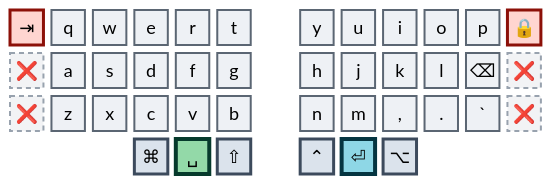
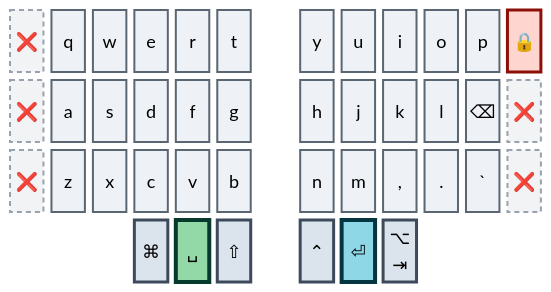
One commit to abloch/zmk-corne changed the first of 6 diagrams in README.md. Above: the diagram before and after it, drawn with Mermaid. The commit also changed other lines of this file and 5 other files, not shown here.

````diff
--- a/README.md
+++ b/README.md
@@ -68,24 +68,24 @@
 ```mermaid
 %%{init: {'theme':'base','themeVariables':{'primaryColor':'#eef1f5','primaryTextColor':'#0b0f14','primaryBorderColor':'#5b6673','nodeTextColor':'#0b0f14','textColor':'#0b0f14','mainBkg':'#eef1f5','fontSize':'18px'}}}%%
 block
 columns 13
 
-  tab["⇥"] q w e r t space y u i o p lock["🔒"]
+  xt["❌"] q w e r t space y u i o p lock["🔒"]
   xe1["❌"] a s d f g space h j k l bspc["⌫"] x1["❌"]
   x2["❌"] z x c v b space n m cma[","] dot["."] grv[" `"] x3["❌"]
-  space:3 cmd["⌘"] spc["␣"] sft["⇧"] space ctl["⌃"] ent["⏎"] alt["⌥"] space:3
+  space:3 cmd["⌘"] spc["␣"] sft["⇧"] space ctl["⌃"] ent["⏎"] alt["⌥<br/>⇥"] space:3
 
   classDef plain fill:#eef1f5,stroke:#5b6673,stroke-width:2px,color:#0b0f14
   classDef mod fill:#dbe3ec,stroke:#3c4a5c,stroke-width:3px,color:#0a1219
   classDef goL1 fill:#8ed7e6,stroke:#053541,stroke-width:4px,color:#02141a
   classDef goL2 fill:#93d9a8,stroke:#063a2c,stroke-width:4px,color:#031410
   classDef alert fill:#ffd5d0,stroke:#8c1008,stroke-width:3px,color:#3d0603
   classDef dead fill:#f2f3f5,stroke:#98a2ae,stroke-width:2px,stroke-dasharray:5 4,color:#5b6673
 
   class q,w,e,r,t,a,s,d,f,g,z,x,c,v,b,y,u,i,o,p,h,j,k,l,bspc,n,m,cma,dot,grv plain
   class cmd,sft,ctl,alt mod
   class ent goL1
   class spc goL2
-  class tab,lock alert
-  class xe1,x1,x2,x3 dead
+  class lock alert
+  class xt,xe1,x1,x2,x3 dead
 ```
````
